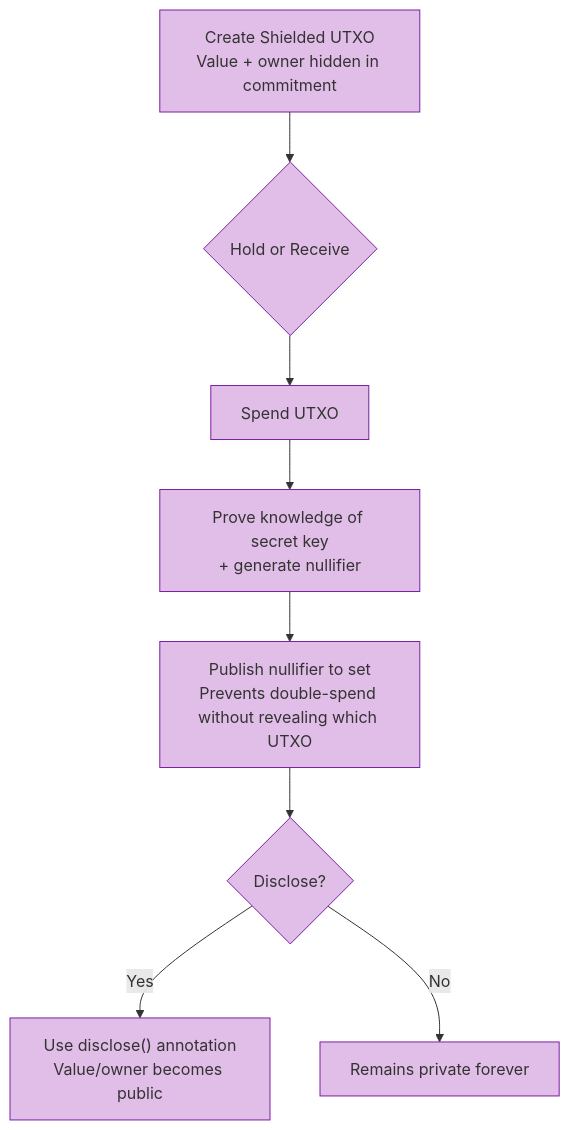
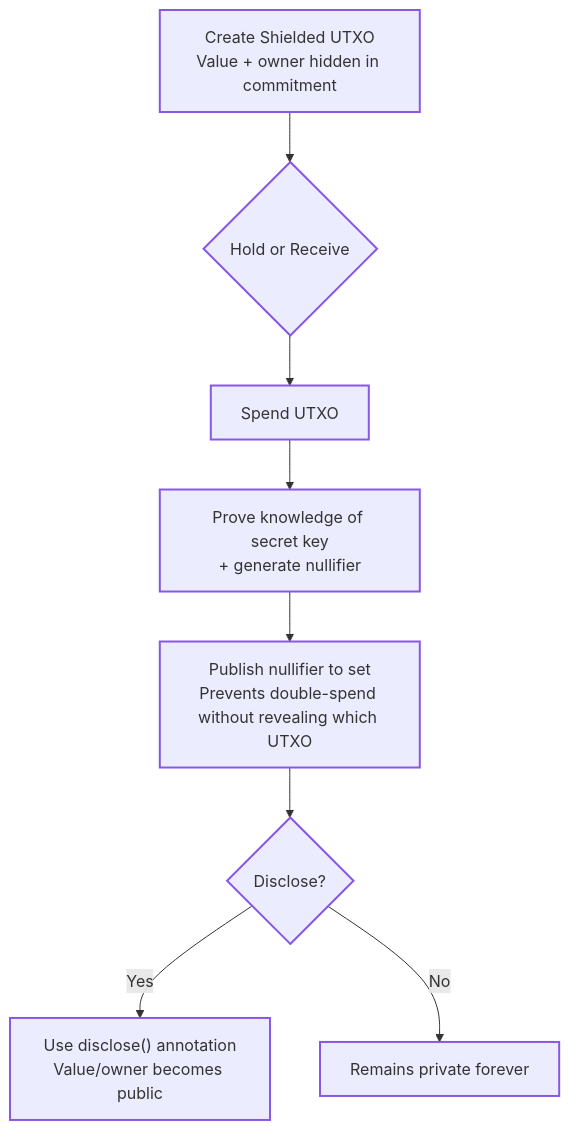
The second of 4 diagrams in README.md (mbs-midnight/technical-guides), drawn with Mermaid before and after one commit. The commit also changed other lines of this file, not shown here.

````diff
--- a/README.md
+++ b/README.md
@@ -63,13 +63,13 @@
 ```mermaid
 flowchart TD
     A["Create Shielded UTXO<br>Value + owner hidden in commitment"] --> B{Hold or Receive}
     B --> C["Spend UTXO"]
     C --> D["Prove knowledge of secret key<br>+ generate nullifier"]
     D --> E["Publish nullifier to set<br>Prevents double-spend without revealing which UTXO"]
     E --> F{Disclose?}
     F -->|Yes| G["Use disclose() annotation<br>Value/owner becomes public"]
     F -->|No| H["Remains private forever"]
 
-    classDef shield fill:#e1bee7,stroke:#7b1fa2
-    class A,B,C,D,E,F,G,H shield
+    classDef main stroke:#8957e5,stroke-width:2px
+    class A,B,C,D,E,F,G,H main
 ```
````
